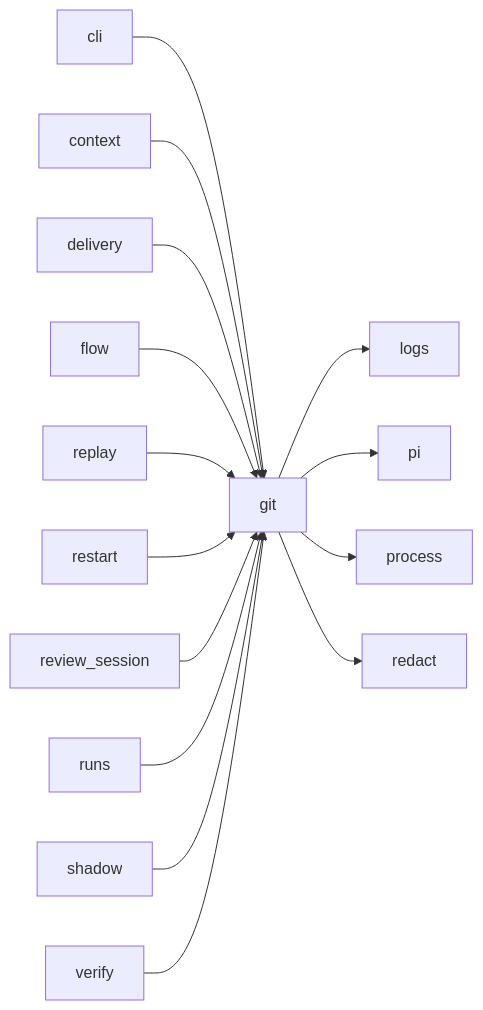
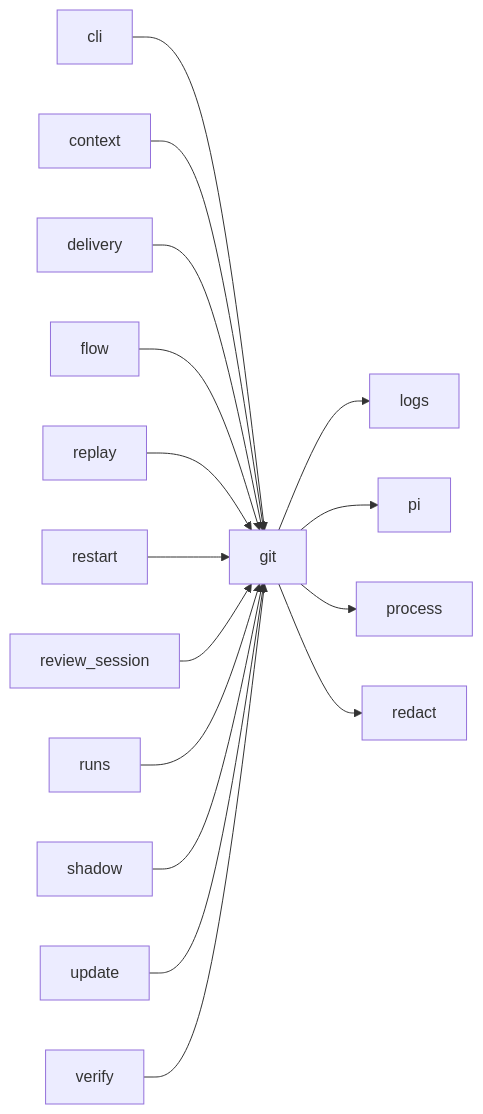
Before and after one commit to plaplanche/ariane: the third of 3 diagrams in docs/architecture/modules/git.md, drawn with Mermaid. The commit also changed 33 other files, not shown here.

````diff
--- a/docs/architecture/modules/git.md
+++ b/docs/architecture/modules/git.md
@@ -164,17 +164,18 @@
 ```mermaid
 flowchart LR
   cli --> git
   context --> git
   delivery --> git
   flow --> git
   git --> logs
   git --> pi
   git --> process
   git --> redact
   replay --> git
   restart --> git
   review_session --> git
   runs --> git
   shadow --> git
+  update --> git
   verify --> git
 ```
````
